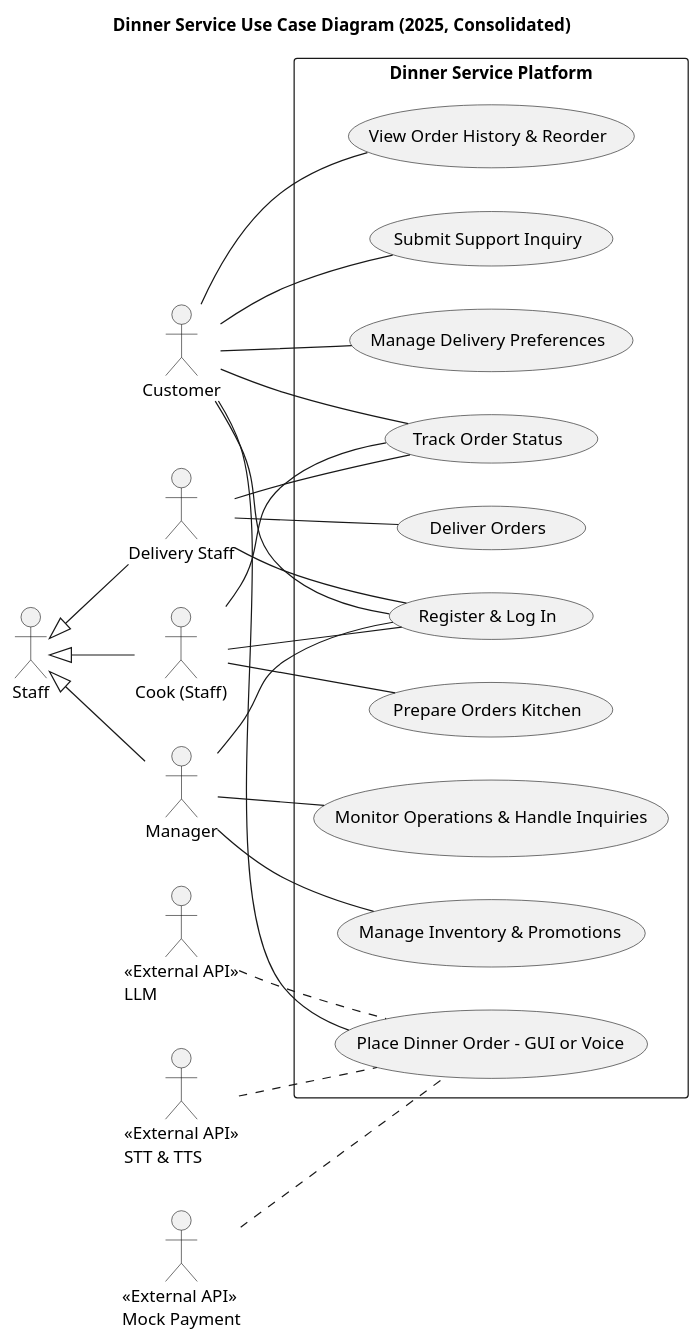
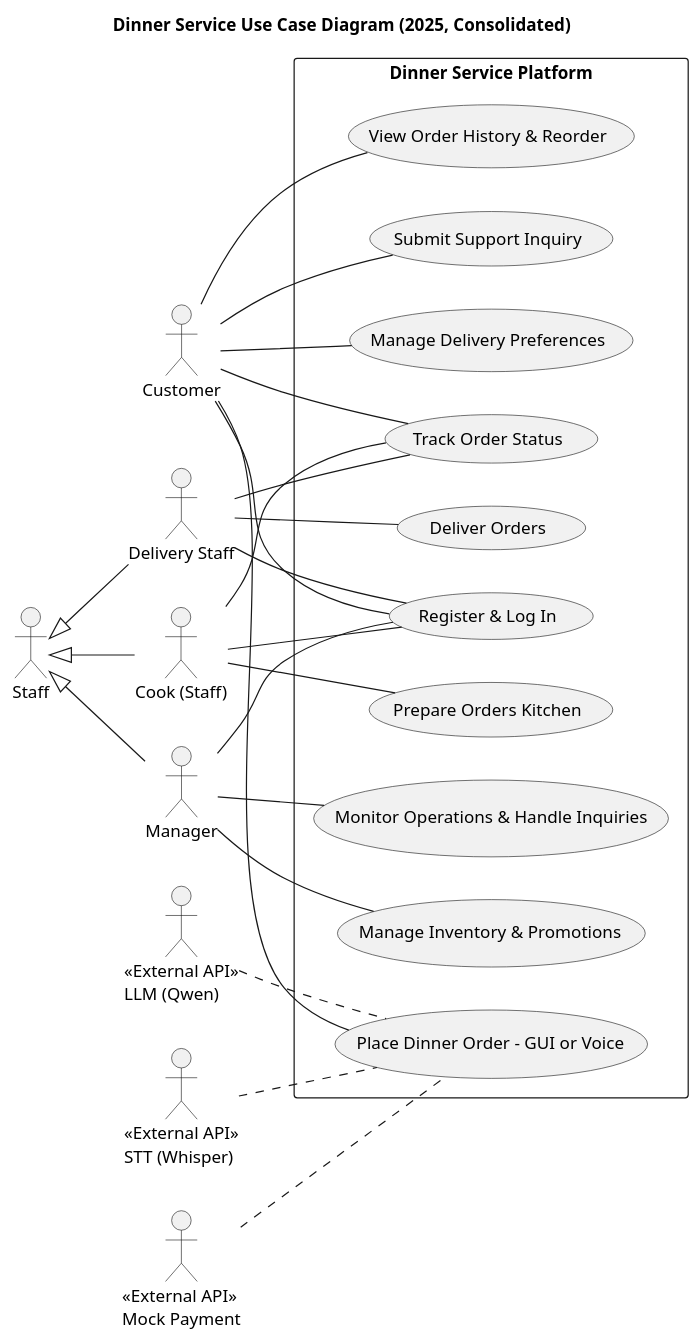
The diagram in SWE_Diagram/usecase_diagrams/usecaseDiagram.puml (UOS2025SWE/MrDaebak), drawn with PlantUML before and after one commit. The commit also changed 26 other files, not shown here.

Commit message:
산출물 다이어그램 및 설명 최종

```diff
--- a/SWE_Diagram/usecase_diagrams/usecaseDiagram.puml
+++ b/SWE_Diagram/usecase_diagrams/usecaseDiagram.puml
@@ -1,57 +1,57 @@
 @startuml
 title "Dinner Service Use Case Diagram (2025, Consolidated)"
 left to right direction
 
 actor Customer as "Customer"
 actor Staff as "Staff"
 actor Cook as "Cook (Staff)"
 actor Delivery as "Delivery Staff"
 actor Manager as "Manager"
 actor PaymentSystem as "<<External API>>\nMock Payment"
-actor LLM as "<<External API>>\nLLM"
-actor AudioService as "<<External API>>\nSTT & TTS"
+actor LLM as "<<External API>>\nLLM (Qwen)"
+actor AudioService as "<<External API>>\nSTT (Whisper)"
 
 Staff <|-- Cook
 Staff <|-- Delivery
 Staff <|-- Manager
 
 rectangle "Dinner Service Platform" {
   (Register & Log In)
   (Place Dinner Order - GUI or Voice)
   (Track Order Status)
   (Manage Delivery Preferences)
   (View Order History & Reorder)
   (Submit Support Inquiry)
   (Prepare Orders Kitchen)
   (Deliver Orders)
   (Manage Inventory & Promotions)
   (Monitor Operations & Handle Inquiries)
 }
 
 ' === Customer use cases ===
 Customer -- (Register & Log In)
 Customer -- (Place Dinner Order - GUI or Voice)
 Customer -- (Track Order Status)
 Customer -- (Manage Delivery Preferences)
 Customer -- (View Order History & Reorder)
 Customer -- (Submit Support Inquiry)
 
 ' === Staff (Cook / Delivery / Manager) use cases ===
 Cook -- (Register & Log In)
 Cook -- (Prepare Orders Kitchen)
 Cook -- (Track Order Status)
 
 Delivery -- (Register & Log In)
 Delivery -- (Deliver Orders)
 Delivery -- (Track Order Status)
 
 Manager -- (Register & Log In)
 Manager -- (Manage Inventory & Promotions)
 Manager -- (Monitor Operations & Handle Inquiries)
 
 ' === External API interactions (no extra use cases to keep total <= 10) ===
 PaymentSystem .. (Place Dinner Order - GUI or Voice)
 LLM .. (Place Dinner Order - GUI or Voice)
 AudioService .. (Place Dinner Order - GUI or Voice)
 
 @enduml
```
